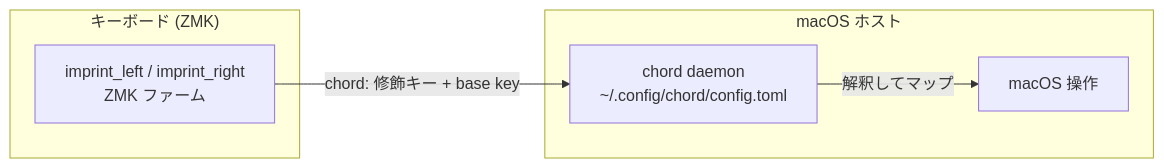
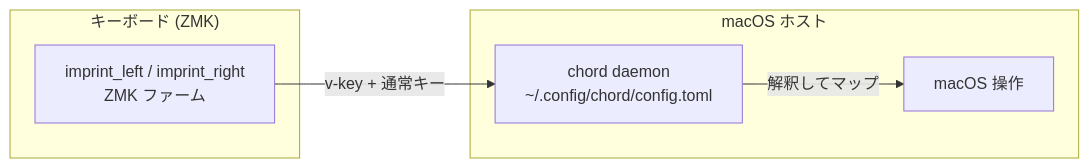
One commit to akira-toriyama/canon changed the diagram in README.md. Above: the diagram before and after it, drawn with Mermaid. The commit also changed other lines of this file and 3 other files, not shown here.

````diff
--- a/README.md
+++ b/README.md
@@ -13,12 +13,12 @@
 ```mermaid
 flowchart LR
   subgraph KB["キーボード (ZMK)"]
     FW["imprint_left / imprint_right<br/>ZMK ファーム"]
   end
   subgraph MAC["macOS ホスト"]
     CHORD["chord daemon<br/>~/.config/chord/config.toml"]
     ACT["macOS 操作"]
   end
-  FW -->|"chord: 修飾キー + base key"| CHORD
+  FW -->|"v-key + 通常キー"| CHORD
   CHORD -->|"解釈してマップ"| ACT
 ```
````
